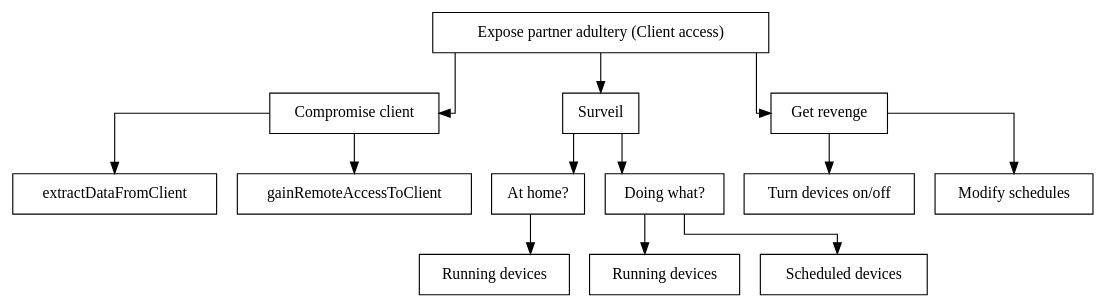
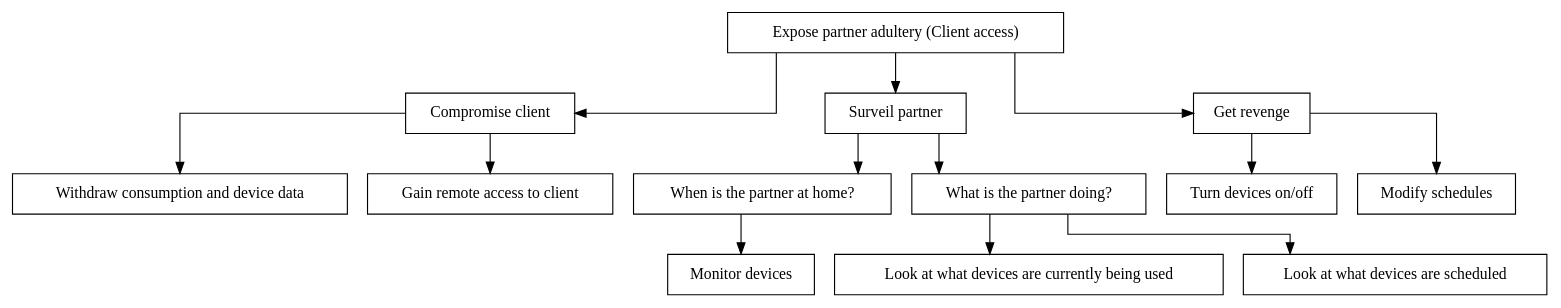
The diagram in figures/graphviz/partner_vs_consumer_client.dot (des904e15/report), drawn with Graphviz before and after one commit.

Commit message:
Added sentences. #58

```diff
--- a/figures/graphviz/partner_vs_consumer_client.dot
+++ b/figures/graphviz/partner_vs_consumer_client.dot
@@ -1,38 +1,40 @@
 digraph finite_state_machine {
   node [shape = rectangle];
   graph [splines=ortho];
 
   root[label = "Expose partner adultery (Client access)",shape=AND];
 
 
     compromise_client[label="Compromise client", shape=OR];
     root->compromise_client;
+    extractDataFromClient[label="Withdraw consumption and device data"];
+    gainRemoteAccessToClient[label="Gain remote access to client"]
     compromise_client -> extractDataFromClient, gainRemoteAccessToClient;
 
-  surveil[label="Surveil",shape=OR];
+  surveil[label="Surveil partner",shape=OR];
   root->surveil;
 
-    at_home[label="At home?"];
+    at_home[label="When is the partner at home?"];
     surveil->at_home
 
-      running_devices[label="Running devices"];
+      running_devices[label="Monitor devices"];
       at_home->running_devices;
 
-    doing_what[label="Doing what?",shape=OR];
+    doing_what[label="What is the partner doing?",shape=OR];
     surveil->doing_what;
 
-      running_devices2[label="Running devices"];
+      running_devices2[label="Look at what devices are currently being used"];
       doing_what->running_devices2;
 
-      scheduled_devices[label="Scheduled devices"];
+      scheduled_devices[label="Look at what devices are scheduled"];
       doing_what->scheduled_devices;
 
   revenge[label="Get revenge",shape=OR];
   root->revenge;
 
     turn_onoff[label="Turn devices on/off"];
     revenge->turn_onoff;
 
     modify_schedules[label="Modify schedules"];
     revenge->modify_schedules;
 }
```
